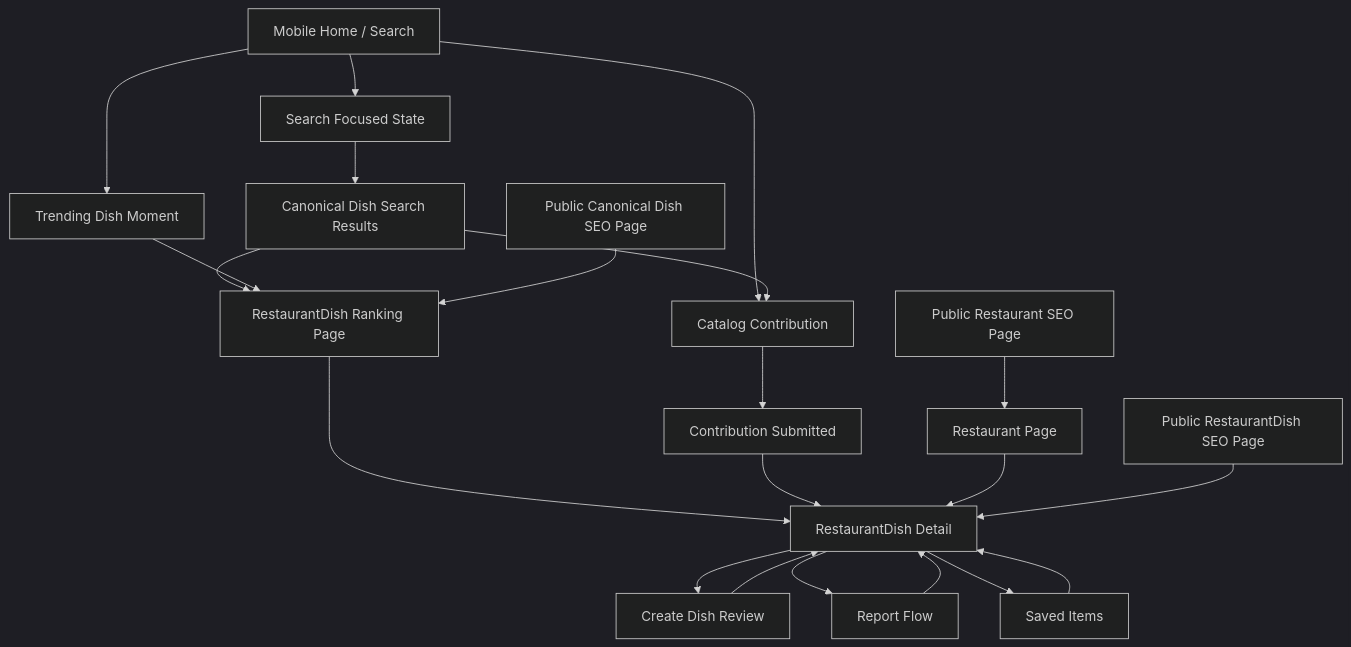
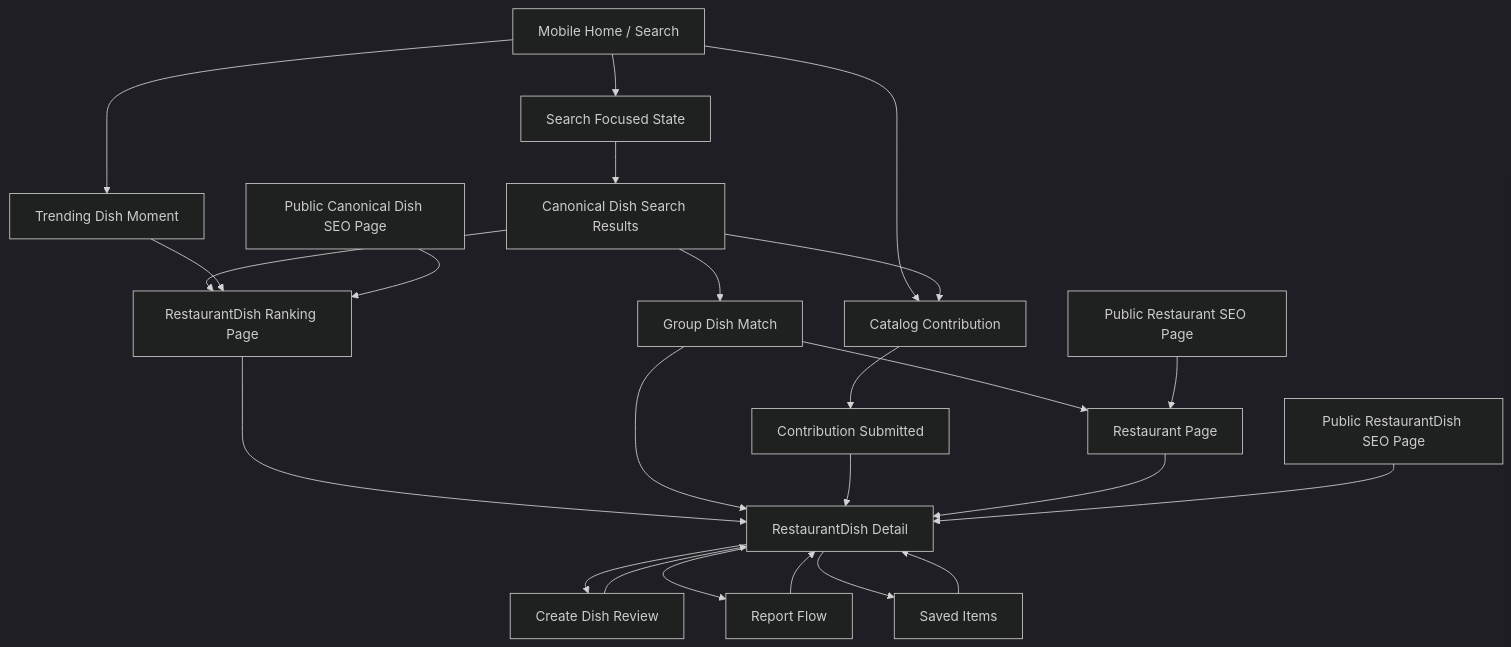
One commit to khoidle11/TasteApp changed the diagram in docs/product/mvp-ui-mockup-brief.md. Above: the diagram before and after it, drawn with Mermaid (dark theme). The commit also changed other lines of this file and 5 other files, not shown here.

Commit message:
TST-68 add group dish match to MVP scope

````diff
--- a/docs/product/mvp-ui-mockup-brief.md
+++ b/docs/product/mvp-ui-mockup-brief.md
@@ -225,23 +243,26 @@
 ```mermaid
 flowchart TD
   A["Mobile Home / Search"] --> B["Search Focused State"]
   B --> C["Canonical Dish Search Results"]
   C --> D["RestaurantDish Ranking Page"]
   D --> E["RestaurantDish Detail"]
+  C --> P["Group Dish Match"]
+  P --> E
+  P --> L
   E --> F["Create Dish Review"]
   E --> G["Report Flow"]
   E --> H["Saved Items"]
   A --> I["Trending Dish Moment"]
   I --> D
   A --> J["Catalog Contribution"]
   C --> J
   J --> K["Contribution Submitted"]
   K --> E
   L["Restaurant Page"] --> E
   H --> E
   M["Public Canonical Dish SEO Page"] --> D
   N["Public Restaurant SEO Page"] --> L
   O["Public RestaurantDish SEO Page"] --> E
   F --> E
   G --> E
 ```
````
